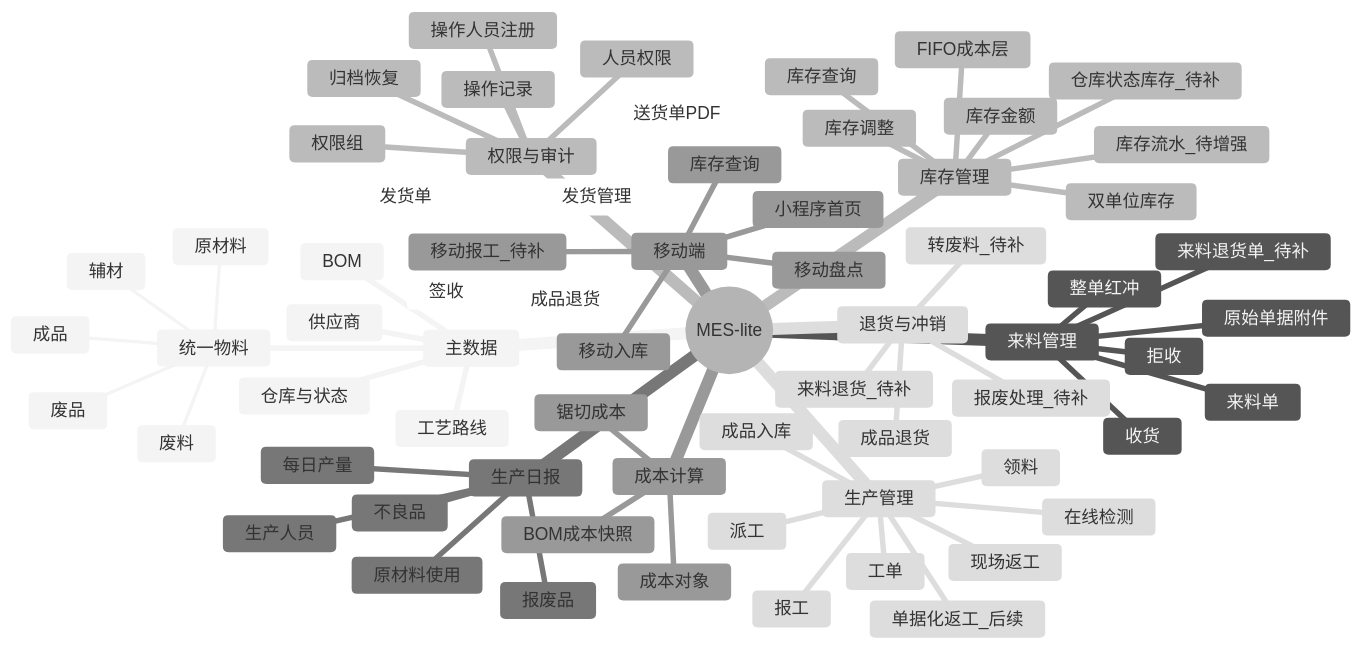
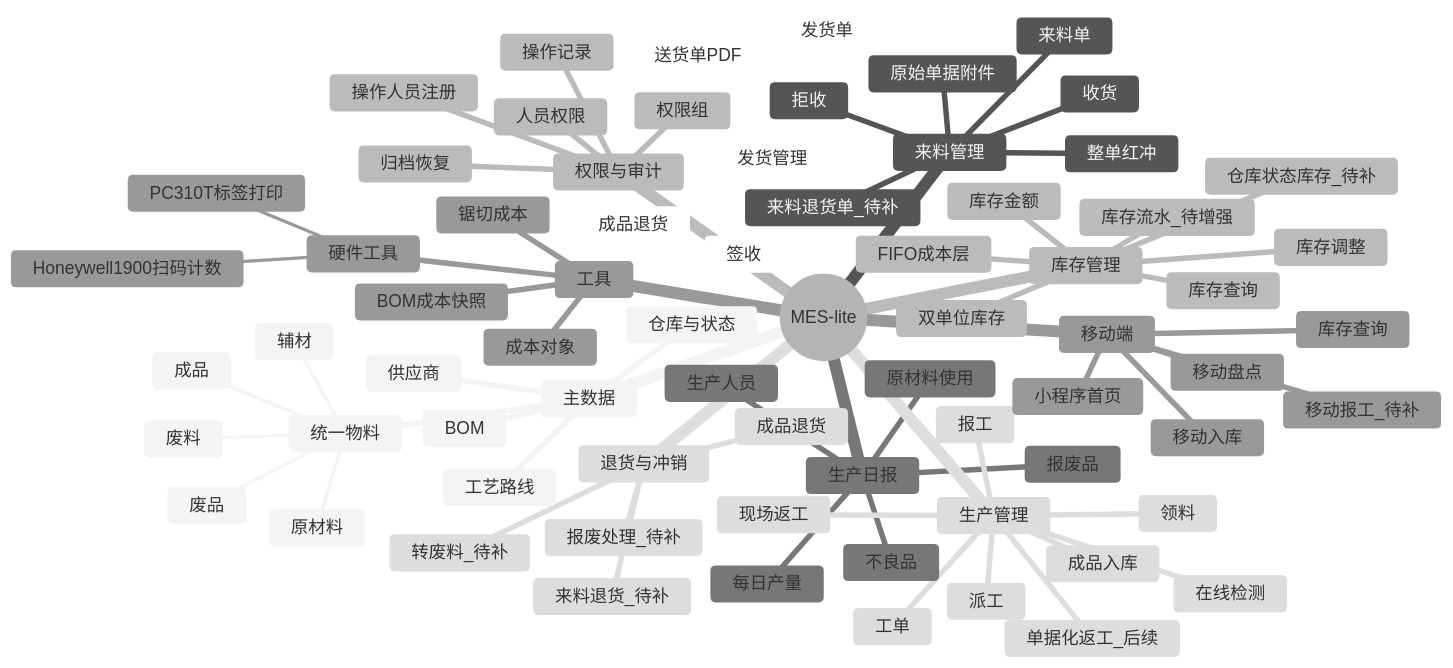
The first of 12 diagrams in docs/minierp/system-function-flow.md (goldf2/mes-lite), drawn with Mermaid (neutral theme) before and after one commit. The commit also changed other lines of this file and 27 other files, not shown here.

````diff
--- a/docs/minierp/system-function-flow.md
+++ b/docs/minierp/system-function-flow.md
@@ -18,71 +18,74 @@
 ```mermaid
 mindmap
   root((MES-lite))
     主数据
       统一物料
         原材料
         成品
         辅材
         废料
         废品
       供应商
       BOM
       工艺路线
       仓库与状态
     来料管理
       来料单
       原始单据附件
       收货
       拒收
       整单红冲
       来料退货单_待补
     库存管理
       库存查询
       双单位库存
       库存金额
       FIFO成本层
       库存调整
       库存流水_待增强
       仓库状态库存_待补
     生产日报
       每日产量
       不良品
       报废品
       原材料使用
       生产人员
-    成本计算
+    工具
       锯切成本
       成本对象
       BOM成本快照
+      硬件工具
+        Honeywell1900扫码计数
+        PC310T标签打印
     生产管理
       工单
       领料
       派工
       报工
       在线检测
       现场返工
       成品入库
       单据化返工_后续
     发货管理
       发货单
       送货单PDF
       签收
       成品退货
     退货与冲销
       成品退货
       来料退货_待补
       报废处理_待补
       转废料_待补
     权限与审计
       操作人员注册
       人员权限
       权限组
       操作记录
       归档恢复
     移动端
       小程序首页
       库存查询
       移动入库
       移动盘点
       移动报工_待补
 ```
````
